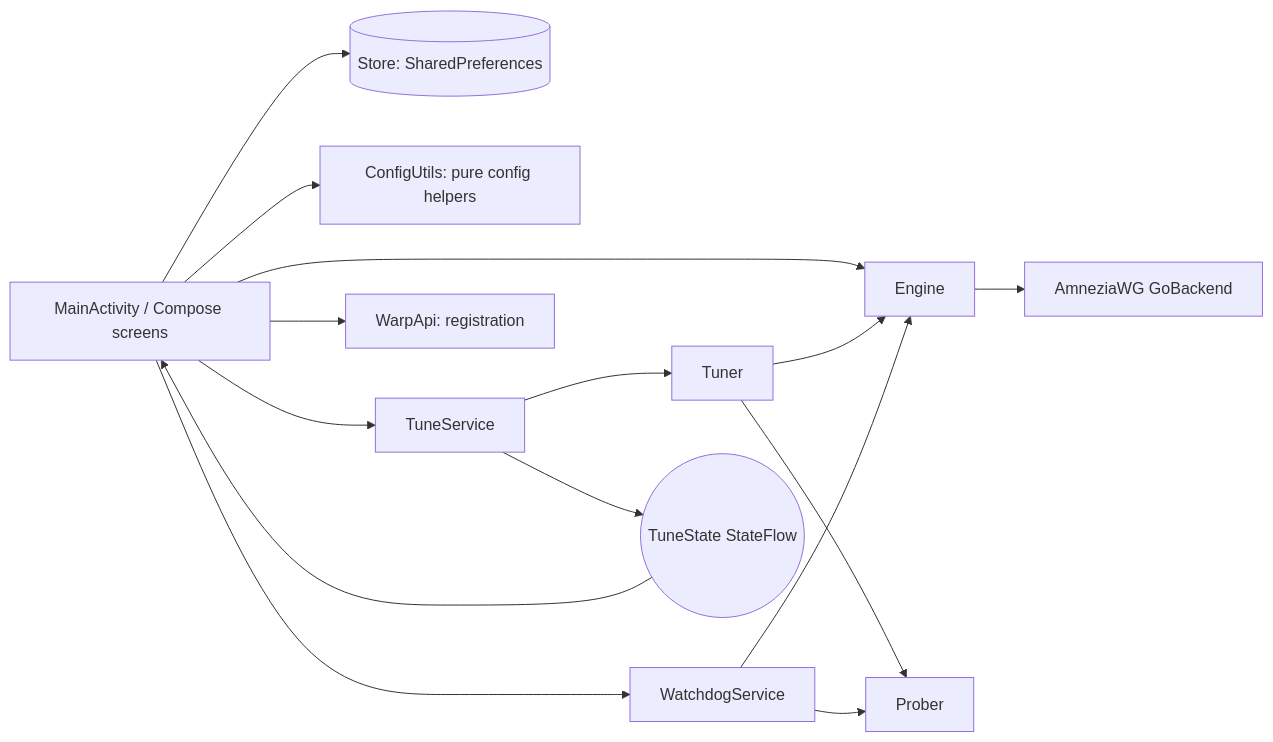
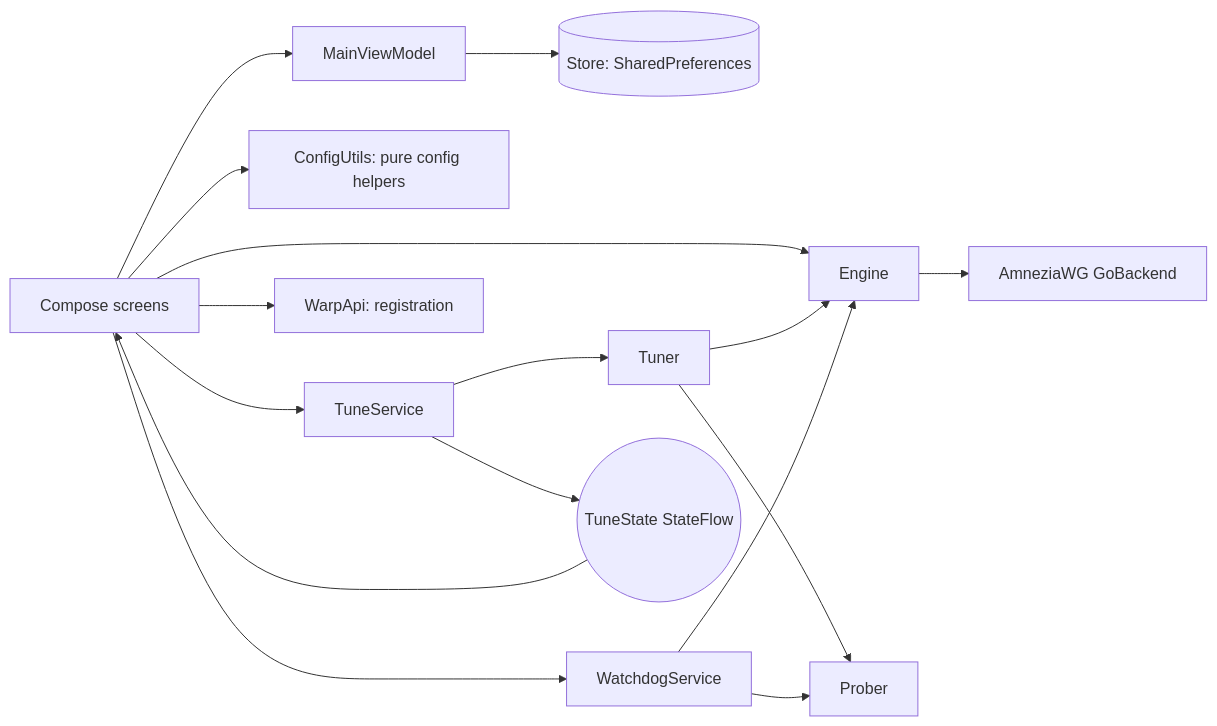
The diagram in README.md (Nikiiita2007/WarpTuner), drawn with Mermaid before and after one commit. The commit also changed other lines of this file and 16 other files, not shown here.

````diff
--- a/README.md
+++ b/README.md
@@ -33,16 +33,17 @@
 ```mermaid
 flowchart LR
-  UI[MainActivity / Compose screens] --> Store[(Store: SharedPreferences)]
+  UI[Compose screens] --> VM[MainViewModel]
+  VM --> Store[(Store: SharedPreferences)]
   UI --> ConfigUtils[ConfigUtils: pure config helpers]
   UI --> TuneService
   UI --> WatchdogService
   UI --> Engine
   UI --> WarpApi[WarpApi: registration]
   TuneService --> Tuner --> Prober
   Tuner --> Engine
   WatchdogService --> Engine
   WatchdogService --> Prober
   Engine --> GoBackend[AmneziaWG GoBackend]
   TuneService --> TuneState((TuneState StateFlow))
   TuneState --> UI
 ```
````
